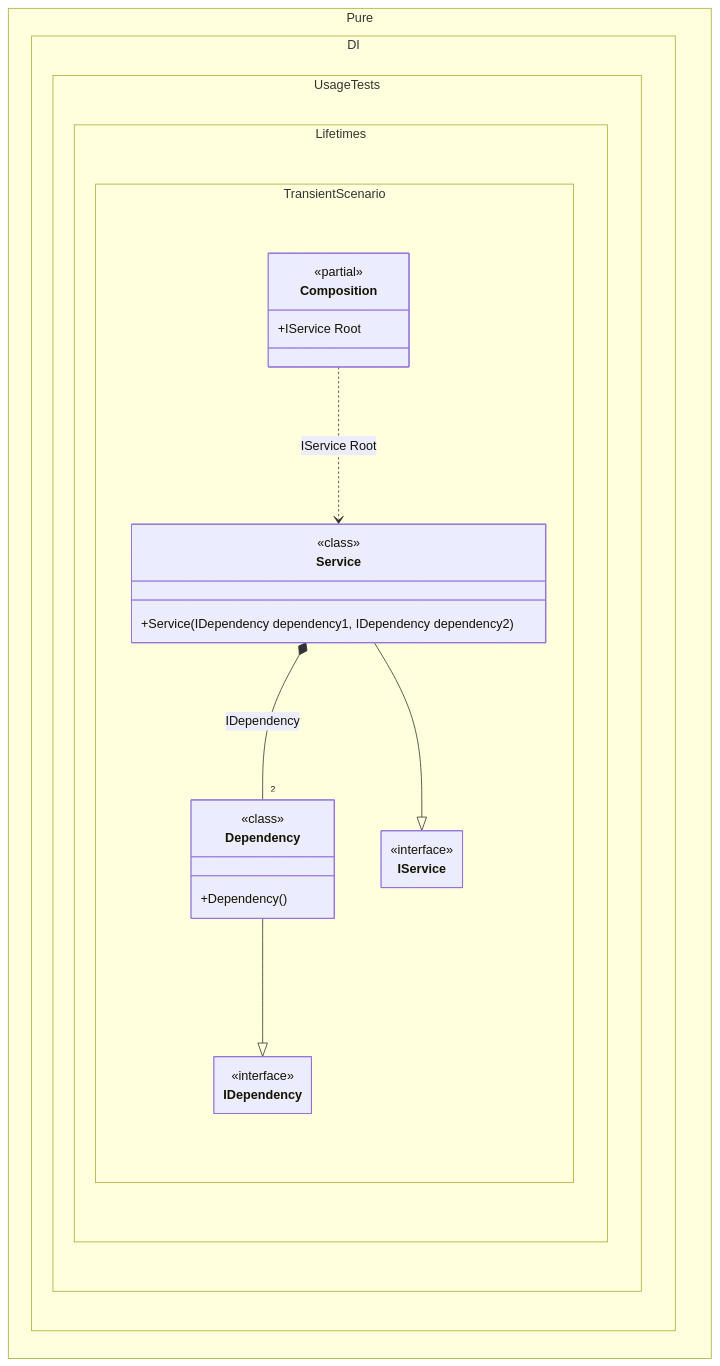
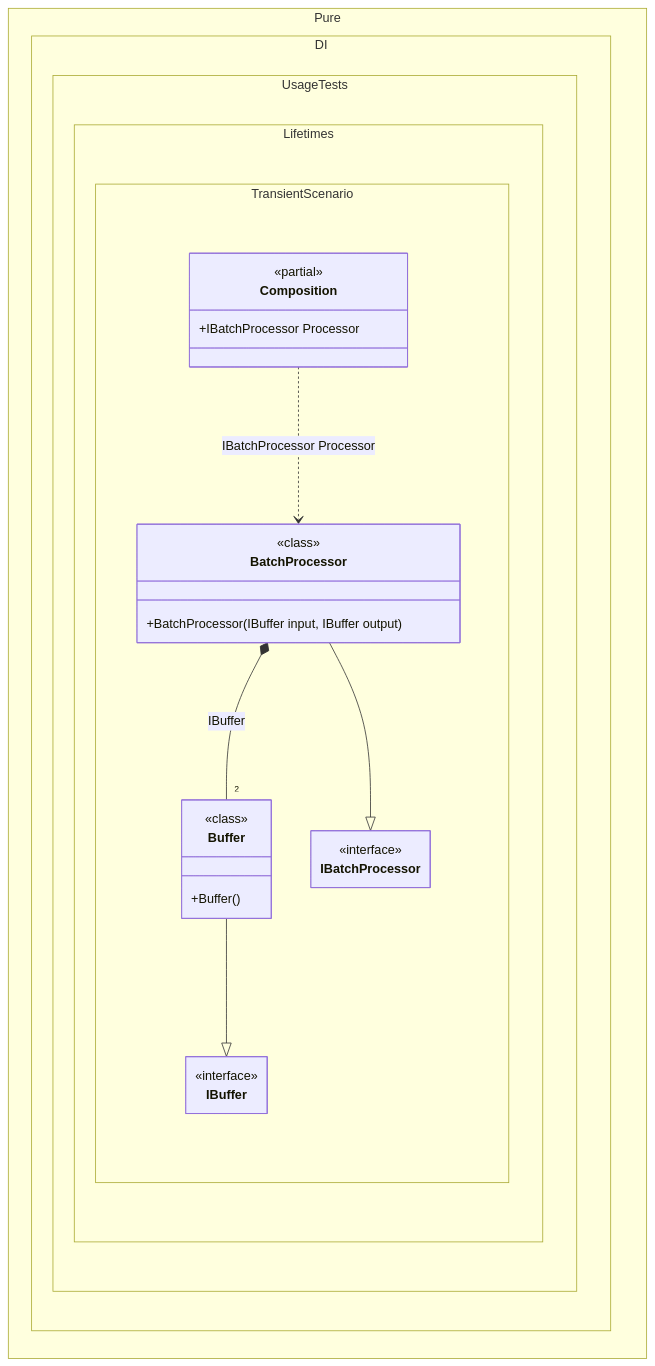
The diagram in readme/transient.md (DevTeam/Pure.DI), drawn with Mermaid before and after one commit. The commit also changed other lines of this file and 126 other files, not shown here.

````diff
--- a/readme/transient.md
+++ b/readme/transient.md
@@ -109,34 +113,34 @@
 ```mermaid
 ---
  config:
   maxTextSize: 2147483647
   maxEdges: 2147483647
   class:
    hideEmptyMembersBox: true
 ---
 classDiagram
-	Dependency --|> IDependency
-	Service --|> IService
-	Composition ..> Service : IService Root
-	Service *-- "2 " Dependency : IDependency
+	Buffer --|> IBuffer
+	BatchProcessor --|> IBatchProcessor
+	Composition ..> BatchProcessor : IBatchProcessor Processor
+	BatchProcessor *-- "2 " Buffer : IBuffer
 	namespace Pure.DI.UsageTests.Lifetimes.TransientScenario {
+		class BatchProcessor {
+				<<class>>
+			+BatchProcessor(IBuffer input, IBuffer output)
+		}
+		class Buffer {
+				<<class>>
+			+Buffer()
+		}
 		class Composition {
 		<<partial>>
-		+IService Root
+		+IBatchProcessor Processor
 		}
-		class Dependency {
-				<<class>>
-			+Dependency()
-		}
-		class IDependency {
+		class IBatchProcessor {
 			<<interface>>
 		}
-		class IService {
+		class IBuffer {
 			<<interface>>
-		}
-		class Service {
-				<<class>>
-			+Service(IDependency dependency1, IDependency dependency2)
 		}
 	}
 ```
````
